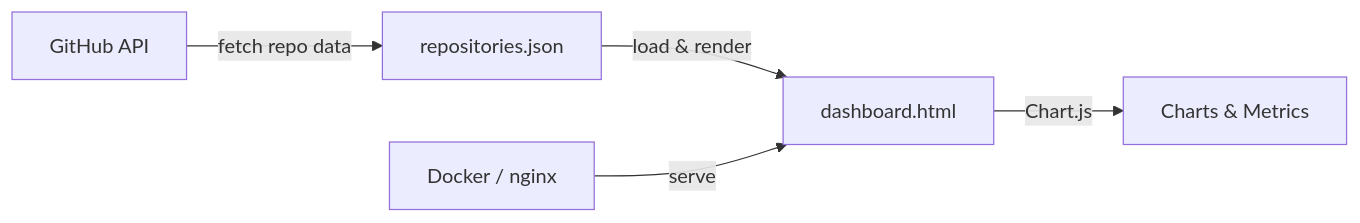
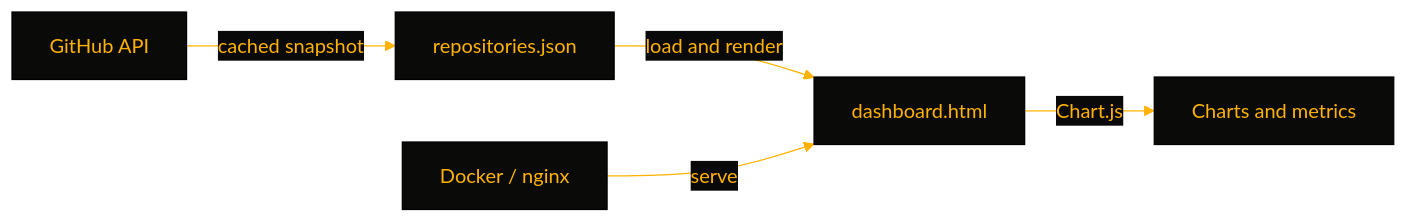
Before and after one commit to OneByJorah/PrimeHub: the diagram in README.md, drawn with Mermaid. The commit also changed other lines of this file, not shown here.

````diff
--- a/README.md
+++ b/README.md
@@ -52,7 +38,8 @@
 ```mermaid
+%%{init: {'theme':'base','themeVariables':{'primaryColor':'#0a0a09','primaryTextColor':'#FFB300','lineColor':'#FFB300'}}}%%
 graph LR
-    A[GitHub API] -->|fetch repo data| B[repositories.json]
-    B -->|load & render| C[dashboard.html]
-    C -->|Chart.js| D[Charts & Metrics]
+    A[GitHub API] -->|cached snapshot| B[repositories.json]
+    B -->|load and render| C[dashboard.html]
+    C -->|Chart.js| D[Charts and metrics]
     E[Docker / nginx] -->|serve| C
 ```
````
